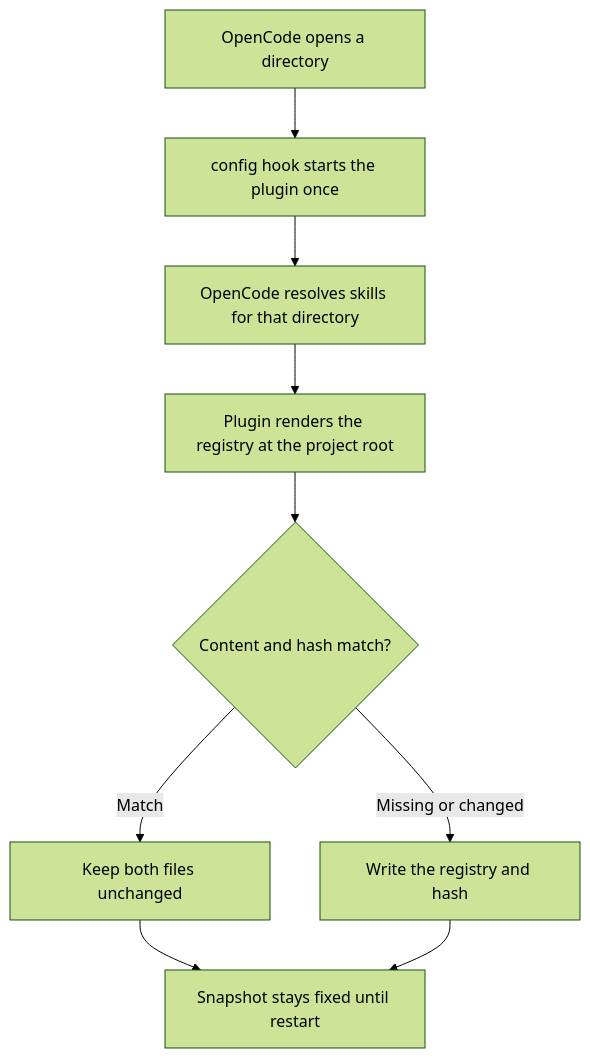
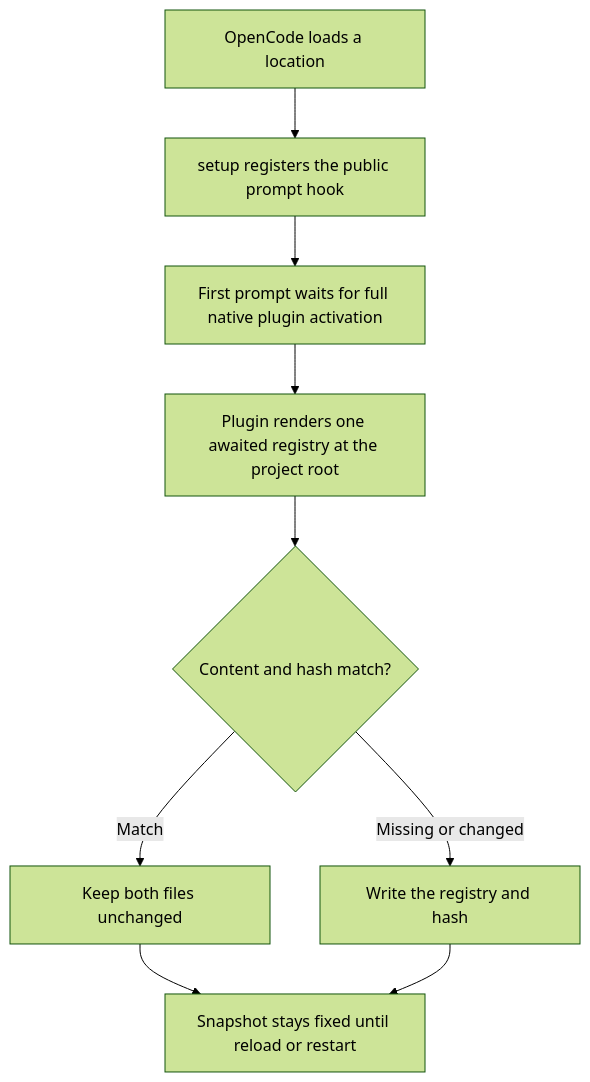
One commit to qunqin24/opendock changed the diagram in src/data/readme/opencode-skill-registry.md. Above: the diagram before and after it, drawn with Mermaid (forest theme). The commit also changed other lines of this file and 122 other files, not shown here.

Commit message:
chore(data): refresh plugin snapshot 2026-10-14

````diff
--- a/src/data/readme/opencode-skill-registry.md
+++ b/src/data/readme/opencode-skill-registry.md
@@ -50,11 +67,11 @@
 ```mermaid
 flowchart TD
-    A[OpenCode opens a directory] --> B[config hook starts the plugin once]
-    B --> C[OpenCode resolves skills for that directory]
-    C --> D[Plugin renders the registry at the project root]
+    A[OpenCode loads a location] --> B[setup registers the public prompt hook]
+    B --> C[First prompt waits for full native plugin activation]
+    C --> D[Plugin renders one awaited registry at the project root]
     D --> E{Content and hash match?}
     E -- Match --> F[Keep both files unchanged]
     E -- Missing or changed --> G[Write the registry and hash]
-    F --> H[Snapshot stays fixed until restart]
+    F --> H[Snapshot stays fixed until reload or restart]
     G --> H
 ```
````
